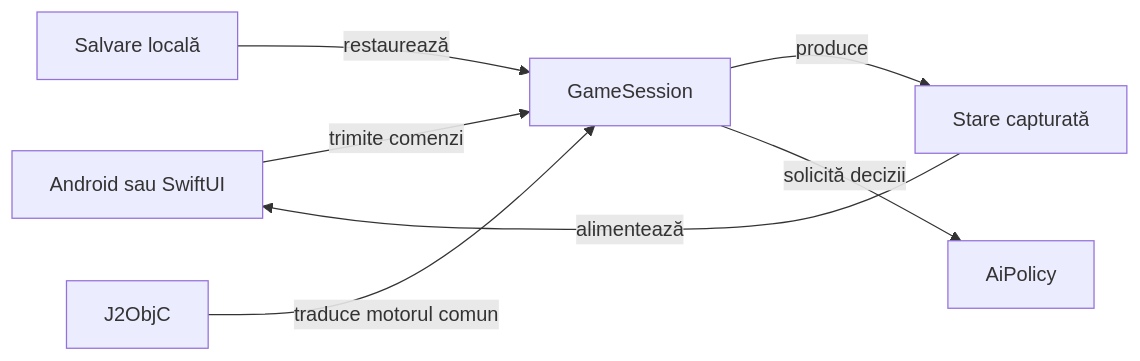
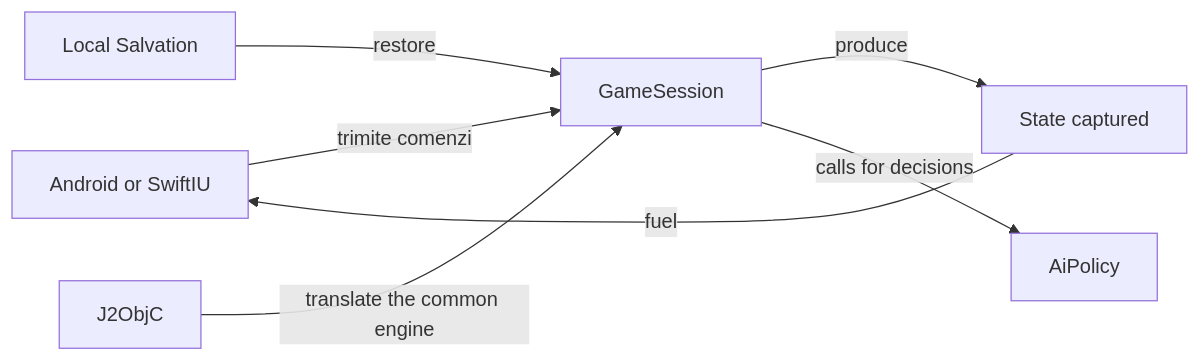
One commit to crististefanita/atf_j4 changed the diagram in whist-lab-app/README.md. Above: the diagram before and after it, drawn with Mermaid. The commit also changed other lines of this file and 122 other files, not shown here.

````diff
--- a/whist-lab-app/README.md
+++ b/whist-lab-app/README.md
@@ -41,9 +41,9 @@
 ```mermaid
 flowchart LR
-UI[Android sau SwiftUI] -->|trimite comenzi| SESSION[GameSession]
-SESSION -->|produce| VIEW[Stare capturată]
-VIEW -->|alimentează| UI
-SESSION -->|solicită decizii| AI[AiPolicy]
-STORE[Salvare locală] -->|restaurează| SESSION
-IOS[J2ObjC] -->|traduce motorul comun| SESSION
+UI[Android or SwiftIU] -->|trimite comenzi| SESSION[GameSession]
+SESSION -->|produce| VIEW[State captured]
+VIEW -->|fuel| UI
+SESSION -->|calls for decisions| AI[AiPolicy]
+STORE[Local Salvation] -->|restore| SESSION
+IOS[J2ObjC] -->|translate the common engine| SESSION
 ```
````
